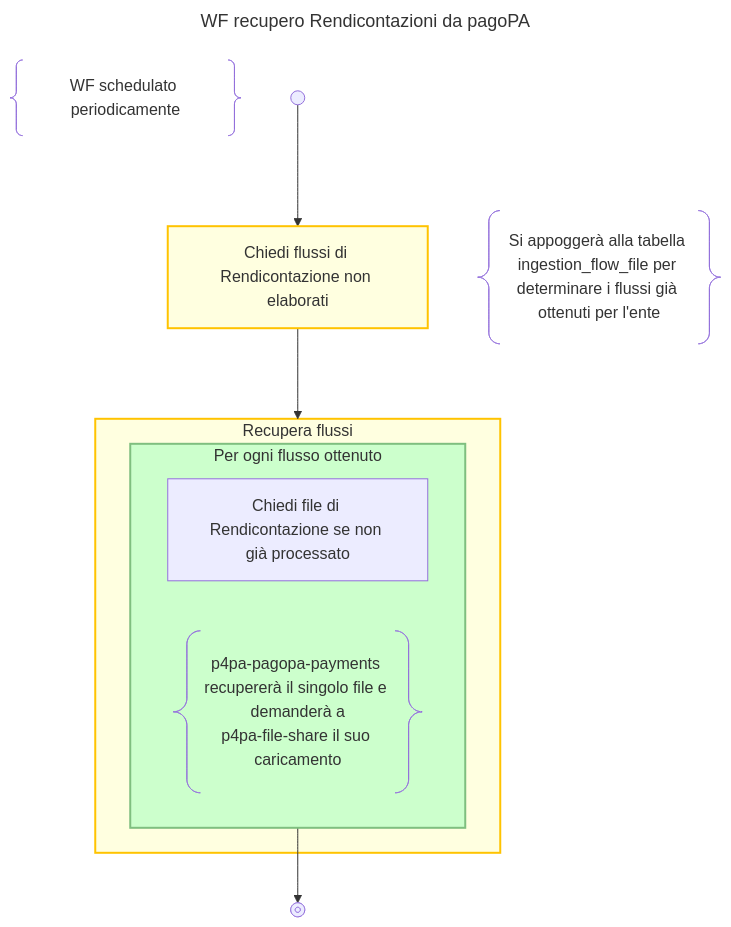
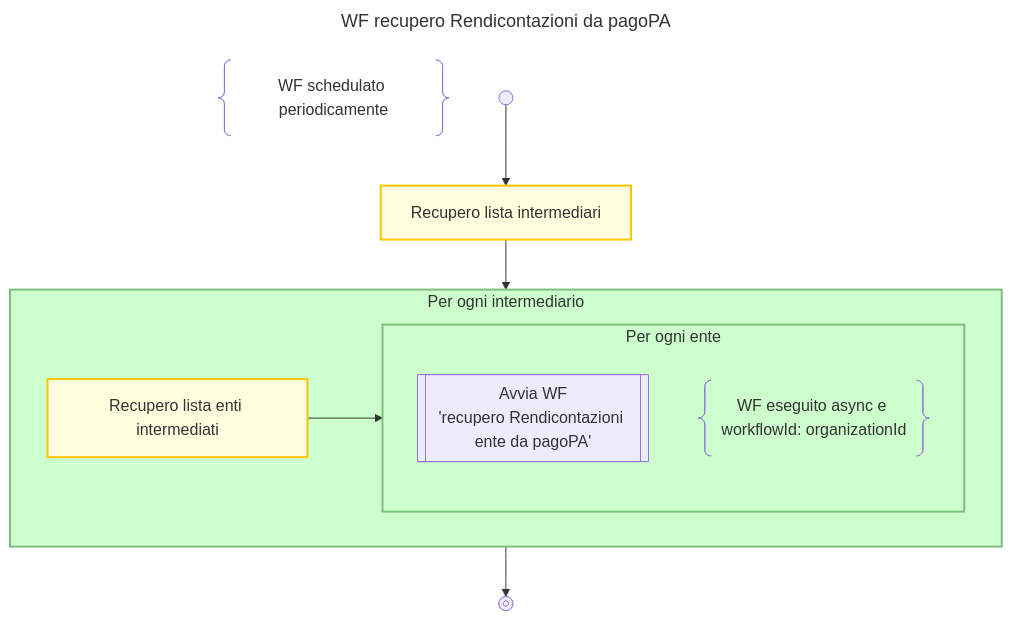
Before and after one commit to pagopa/p4pa-doc: the diagram in design/workflow/classificazioneIncassi/03.rendicontazione-fetch.mmd, drawn with Mermaid. The commit also changed 3 other files, not shown here.

Commit message:
WF payments reporting fetch refactor

```diff
--- a/design/workflow/classificazioneIncassi/03.rendicontazione-fetch.mmd
+++ b/design/workflow/classificazioneIncassi/03.rendicontazione-fetch.mmd
@@ -1,31 +1,28 @@
 ---
 title: WF recupero Rendicontazioni da pagoPA
 ---
 flowchart TD
     DESCRIPTION@{ shape: braces, label: "WF schedulato periodicamente" }
 
     START@{shape: start} -->
-    FETCH_LIST:::activity@{label: "Chiedi flussi di Rendicontazione non elaborati"} -->
-    FETCH_FILES
+    FETCH_BROKER_LIST:::activity@{label: "Recupero lista intermediari"} -->
+    BROKER_LOOP
 
-    subgraph FETCH_LIST_NOTE_BLOCK
-        FETCH_LIST
-        FETCH_FILE_NOTE@{shape: braces, label: "Si appoggerà alla tabella ingestion_flow_file per determinare i flussi già ottenuti per l'ente"}
+    subgraph BROKER_LOOP["Per ogni intermediario"]
+        FETCH_ORG_LIST:::activity@{label: "Recupero lista enti intermediati"} -->
+        ORG_FETCH_WF_LOOP
+
+        subgraph ORG_FETCH_WF_LOOP["Per ogni ente"]
+            FETCH_FILE[["Avvia WF<BR/>'recupero Rendicontazioni ente da pagoPA'"]]
+
+            NOTE@{ shape: braces, label: "WF eseguito async e workflowId: organizationId" }
+        end
+        class ORG_FETCH_WF_LOOP loop
     end
-    class FETCH_LIST_NOTE_BLOCK disable
+    class BROKER_LOOP loop
 
-    subgraph FETCH_FILES["Recupera flussi"]
-        subgraph LOOP["Per ogni flusso ottenuto"]
-            FETCH_FILE@{label: "Chiedi file di Rendicontazione se non già processato"}
-
-            NOTE@{ shape: braces, label: "p4pa-pagopa-payments recupererà il singolo file e demanderà a<BR />p4pa-file-share il suo caricamento" }
-        end
-    end
-    class FETCH_FILES activity
-
-    LOOP --> END@{shape: stop}
-    class LOOP loop
+    BROKER_LOOP --> END@{shape: stop}
 
     classDef disable display:none;
     classDef activity fill:#FFFFE0, stroke:#ffc300, stroke-width:2px;
     classDef loop fill:#CCFFCC, stroke:#7FBF7F, stroke-width:2px, padding-bottom: 5px;
```
